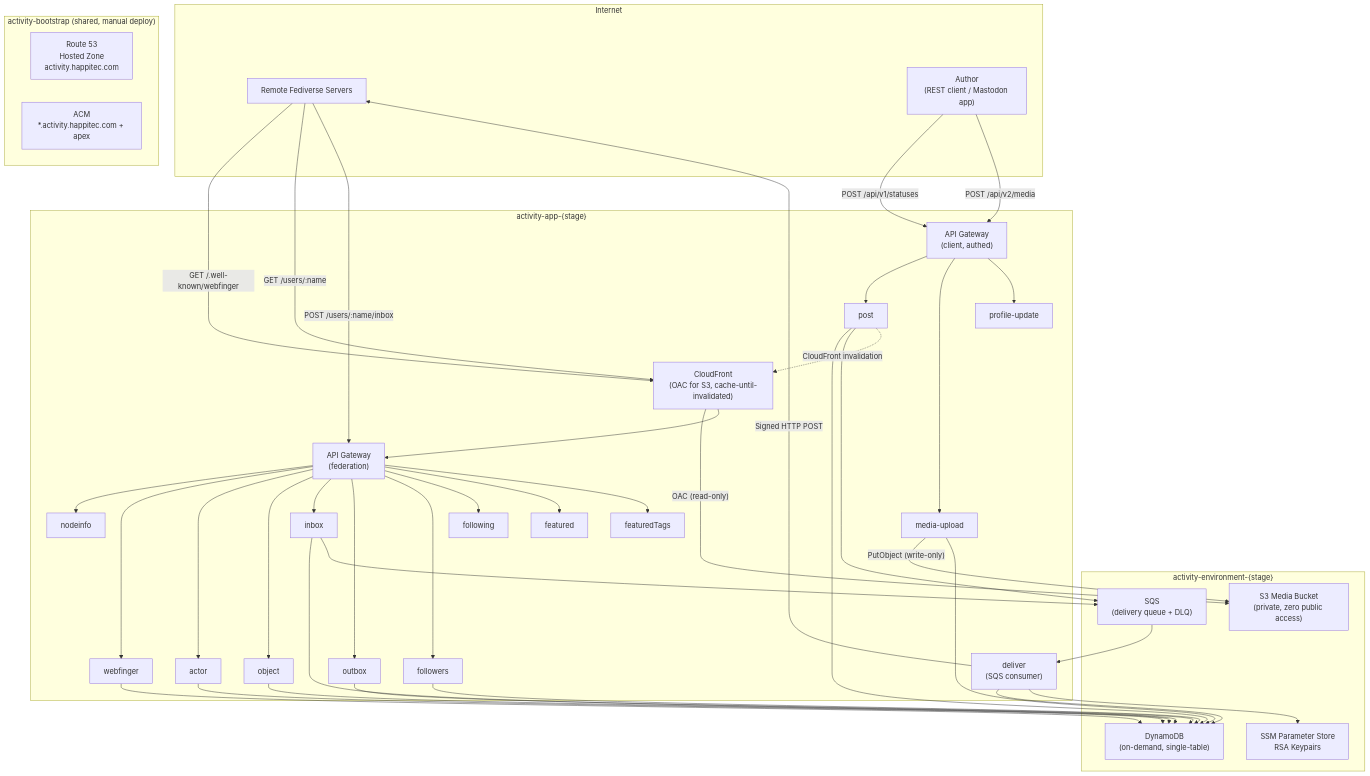
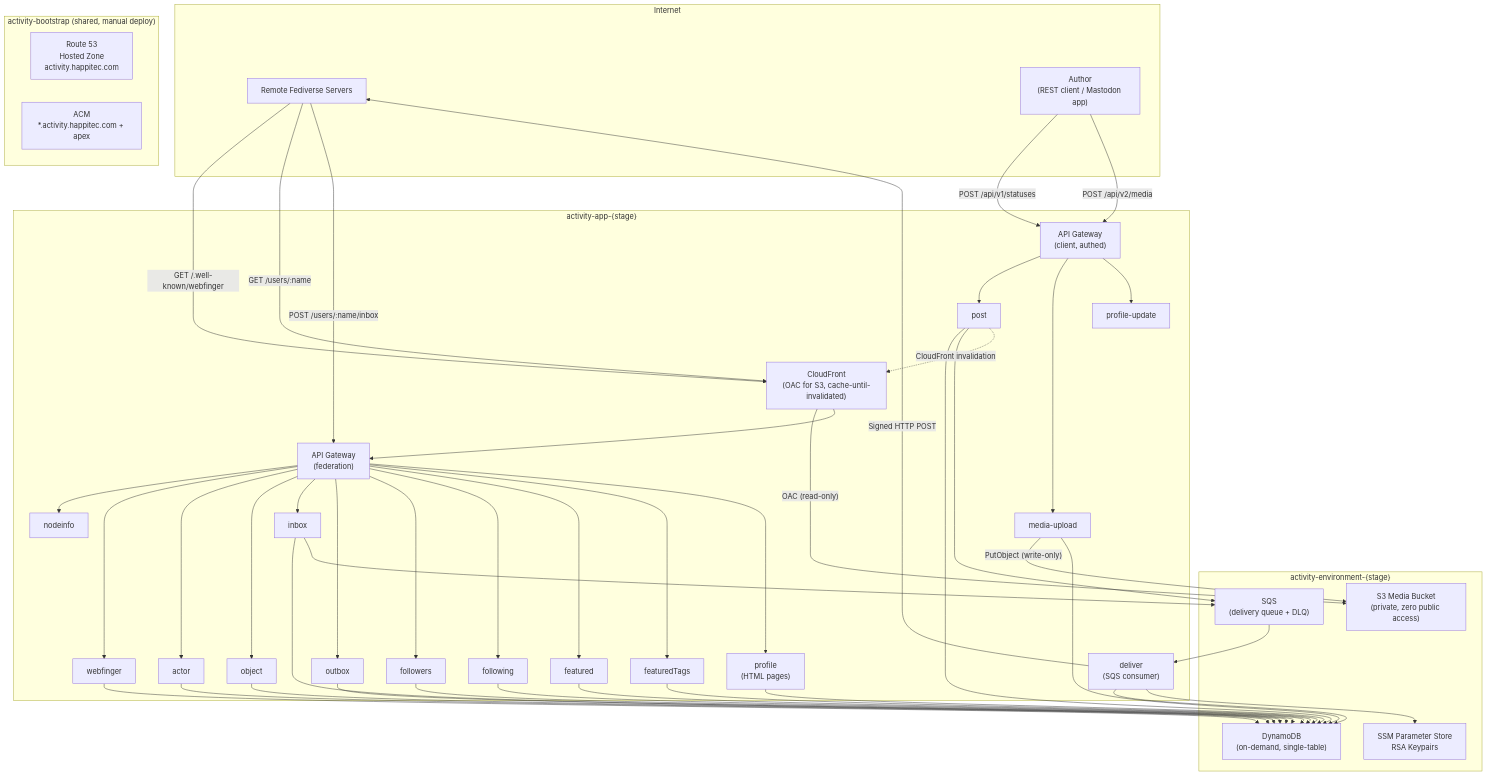
Before and after one commit to happitec-inc/FederatedActivityPublisher: the first of 4 diagrams in Sources/ActivityPubCore/Documentation.docc/ArchitectureOverview.md, drawn with Mermaid. The commit also changed other lines of this file and 2 other files, not shown here.

Commit message:
Fix DocC review: SSM in posting diagram, missing symbols, cost estimates

```diff
--- a/Sources/ActivityPubCore/Documentation.docc/ArchitectureOverview.md
+++ b/Sources/ActivityPubCore/Documentation.docc/ArchitectureOverview.md
@@ -40,6 +40,7 @@
         FOLLOWING["following"]
         FEATURED["featured"]
         FEATUREDTAGS["featuredTags"]
+        PROFILE["profile<br/>(HTML pages)"]
         DELIVER["deliver<br/>(SQS consumer)"]
         APIGW_C["API Gateway<br/>(client, authed)"]
         POST["post"]
@@ -66,6 +67,7 @@
     APIGW_S --> FOLLOWING
     APIGW_S --> FEATURED
     APIGW_S --> FEATUREDTAGS
+    APIGW_S --> PROFILE
 
     WF --> DDB
     ACTOR --> DDB
@@ -74,6 +76,10 @@
     INBOX --> SQS
     OUTBOX --> DDB
     FOLLOWERS --> DDB
+    FOLLOWING --> DDB
+    FEATURED --> DDB
+    FEATUREDTAGS --> DDB
+    PROFILE --> DDB
 
     SQS --> DELIVER
     DELIVER --> DDB
```
